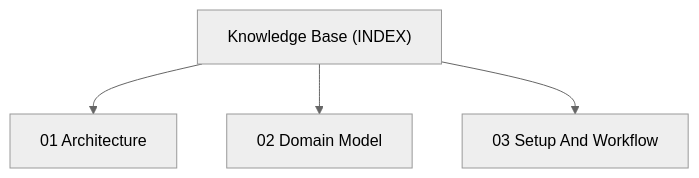
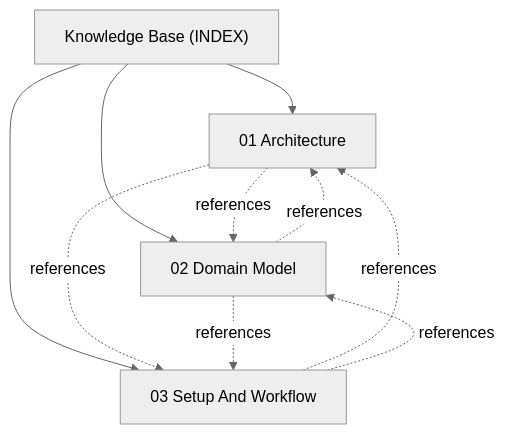
Before and after one commit to actdim/utico: the diagram in docs/INDEX.md, drawn with Mermaid (neutral theme). The commit also changed other lines of this file and 12 other files, not shown here.

````diff
--- a/docs/INDEX.md
+++ b/docs/INDEX.md
@@ -18,10 +17,16 @@
 ```mermaid
 flowchart TD
     INDEX["Knowledge Base (INDEX)"]
     T_ARCHITECTURE["01 Architecture"]
     INDEX --> T_ARCHITECTURE
     T_DOMAIN_MODEL["02 Domain Model"]
     INDEX --> T_DOMAIN_MODEL
     T_SETUP_AND_WORKFLOW["03 Setup And Workflow"]
     INDEX --> T_SETUP_AND_WORKFLOW
+    T_ARCHITECTURE -.->|references| T_DOMAIN_MODEL
+    T_ARCHITECTURE -.->|references| T_SETUP_AND_WORKFLOW
+    T_DOMAIN_MODEL -.->|references| T_ARCHITECTURE
+    T_DOMAIN_MODEL -.->|references| T_SETUP_AND_WORKFLOW
+    T_SETUP_AND_WORKFLOW -.->|references| T_ARCHITECTURE
+    T_SETUP_AND_WORKFLOW -.->|references| T_DOMAIN_MODEL
 ```
````
